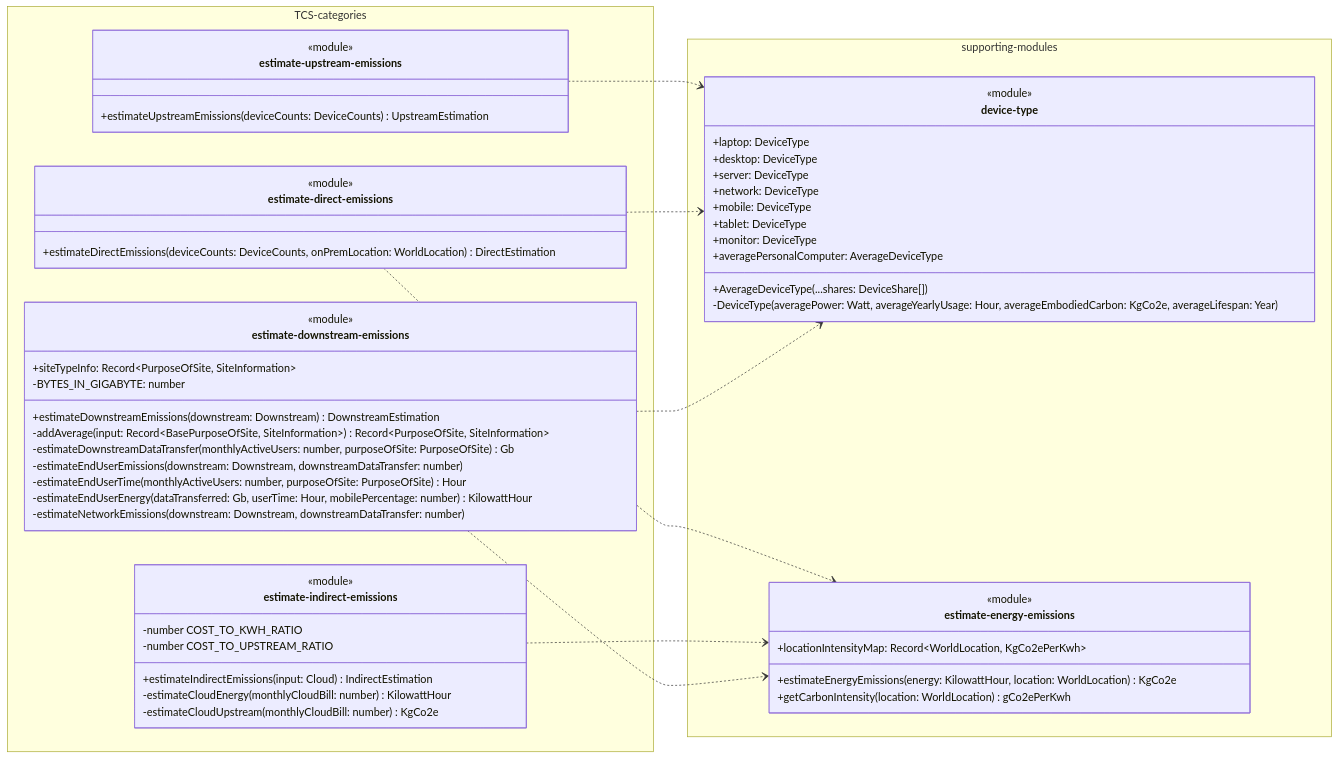
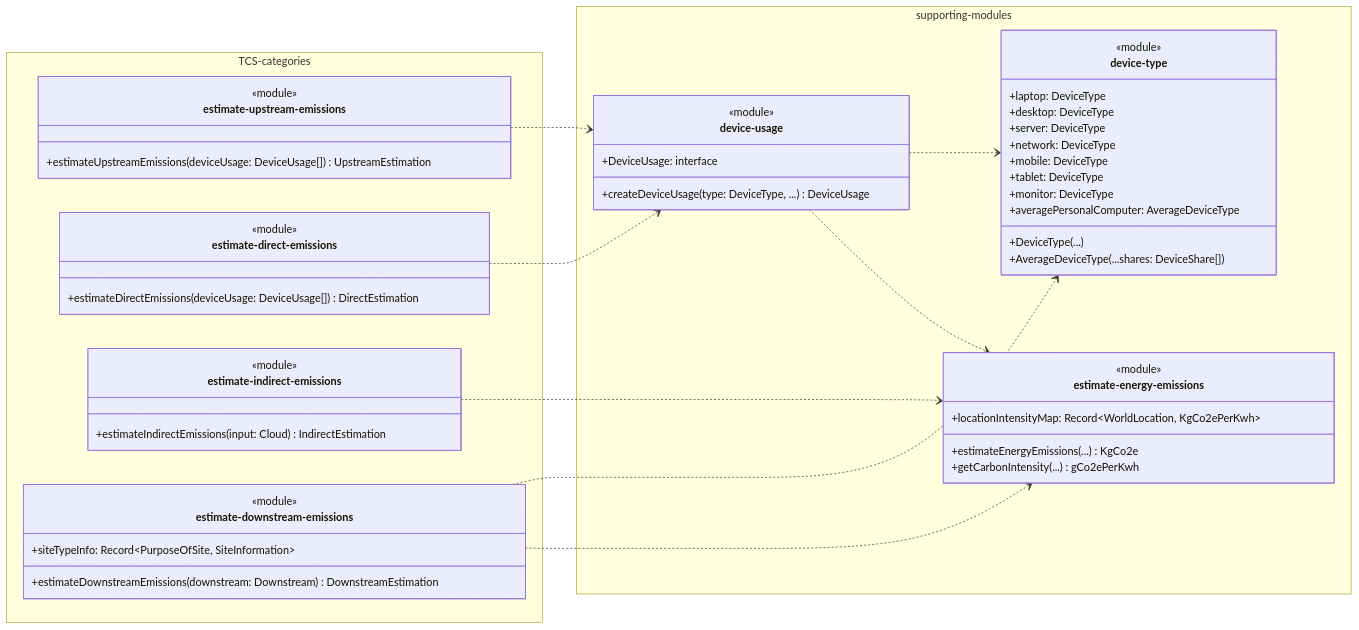
The first of 4 diagrams in docs/estimation.md (ScottLogic/sl-tech-carbon-estimator), drawn with Mermaid before and after one commit. The commit also changed other lines of this file and 11 other files, not shown here.

Commit message:
Refactor Upstream/Direct calculation to avoid duplicating code that knows which category devices fall under

````diff
--- a/docs/estimation.md
+++ b/docs/estimation.md
@@ -5,67 +5,63 @@
 ```mermaid
 classDiagram
   direction LR
   namespace TCS-categories {
     class estimate-upstream-emissions{
       <<module>>
-      +estimateUpstreamEmissions(deviceCounts: DeviceCounts) UpstreamEstimation
+      +estimateUpstreamEmissions(deviceUsage: DeviceUsage[]) UpstreamEstimation
     }
 
     class estimate-direct-emissions{
       <<module>>
-      +estimateDirectEmissions(deviceCounts: DeviceCounts, onPremLocation: WorldLocation) DirectEstimation
+      +estimateDirectEmissions(deviceUsage: DeviceUsage[]) DirectEstimation
     }
 
     class estimate-indirect-emissions{
       <<module>>
-      -number COST_TO_KWH_RATIO
-      -number COST_TO_UPSTREAM_RATIO
       +estimateIndirectEmissions(input: Cloud) IndirectEstimation
-      -estimateCloudEnergy(monthlyCloudBill: number) KilowattHour
-      -estimateCloudUpstream(monthlyCloudBill: number) KgCo2e
     }
 
     class estimate-downstream-emissions{
       <<module>>
       +siteTypeInfo: Record~PurposeOfSite, SiteInformation~
-      -BYTES_IN_GIGABYTE: number
       +estimateDownstreamEmissions(downstream: Downstream) DownstreamEstimation
-      -addAverage(input: Record~BasePurposeOfSite, SiteInformation~) Record~PurposeOfSite, SiteInformation~
-      -estimateDownstreamDataTransfer(monthlyActiveUsers: number, purposeOfSite: PurposeOfSite) Gb
-      -estimateEndUserEmissions(downstream: Downstream, downstreamDataTransfer: number)
-      -estimateEndUserTime(monthlyActiveUsers: number, purposeOfSite: PurposeOfSite) Hour
-      -estimateEndUserEnergy(dataTransferred: Gb, userTime: Hour, mobilePercentage: number) KilowattHour 
-      -estimateNetworkEmissions(downstream: Downstream, downstreamDataTransfer: number) 
     }
   }
 
   namespace supporting-modules{
+    class device-usage {
+      <<module>>
+      +DeviceUsage: interface
+      +createDeviceUsage(type: DeviceType, ...) DeviceUsage
+    }
+
     class device-type {
       <<module>>
       +laptop: DeviceType
       +desktop: DeviceType
       +server: DeviceType
       +network: DeviceType
       +mobile: DeviceType
       +tablet: DeviceType
       +monitor: DeviceType
       +averagePersonalComputer: AverageDeviceType
+      +DeviceType(...)
       +AverageDeviceType(...shares: DeviceShare[])
-      -DeviceType(averagePower: Watt, averageYearlyUsage: Hour, averageEmbodiedCarbon: KgCo2e, averageLifespan: Year)
     }
 
     class estimate-energy-emissions {
       <<module>>
       +locationIntensityMap: Record~WorldLocation, KgCo2ePerKwh~
-      +estimateEnergyEmissions(energy: KilowattHour, location: WorldLocation) KgCo2e
-      +getCarbonIntensity(location: WorldLocation) gCo2ePerKwh
+      +estimateEnergyEmissions(...) KgCo2e
+      +getCarbonIntensity(...) gCo2ePerKwh
     }
   }
 
-  estimate-upstream-emissions ..> device-type
-  estimate-direct-emissions ..> estimate-energy-emissions
-  estimate-direct-emissions ..> device-type
+  estimate-upstream-emissions ..> device-usage
+  estimate-direct-emissions ..> device-usage
   estimate-indirect-emissions ..> estimate-energy-emissions
+  estimate-downstream-emissions ..> device-type
   estimate-downstream-emissions ..> estimate-energy-emissions
-  estimate-downstream-emissions ..> device-type
+  device-usage ..> device-type
+  device-usage ..> estimate-energy-emissions
 ```
````
